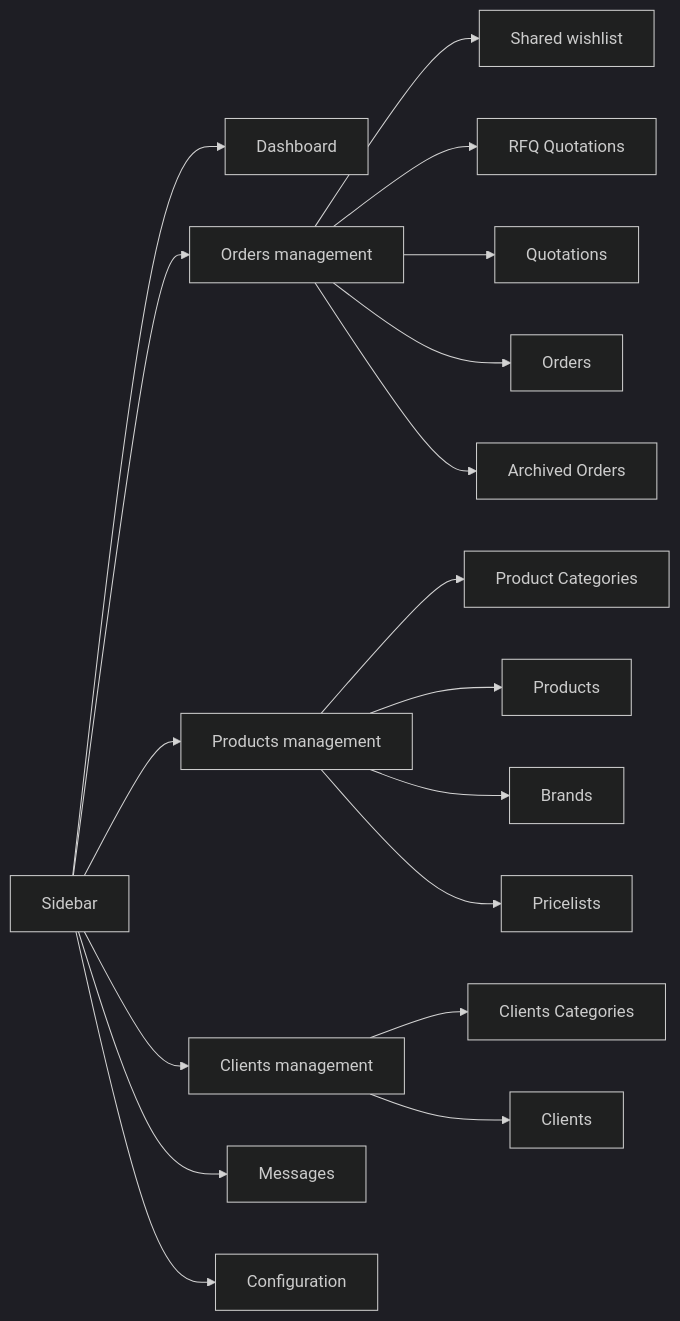
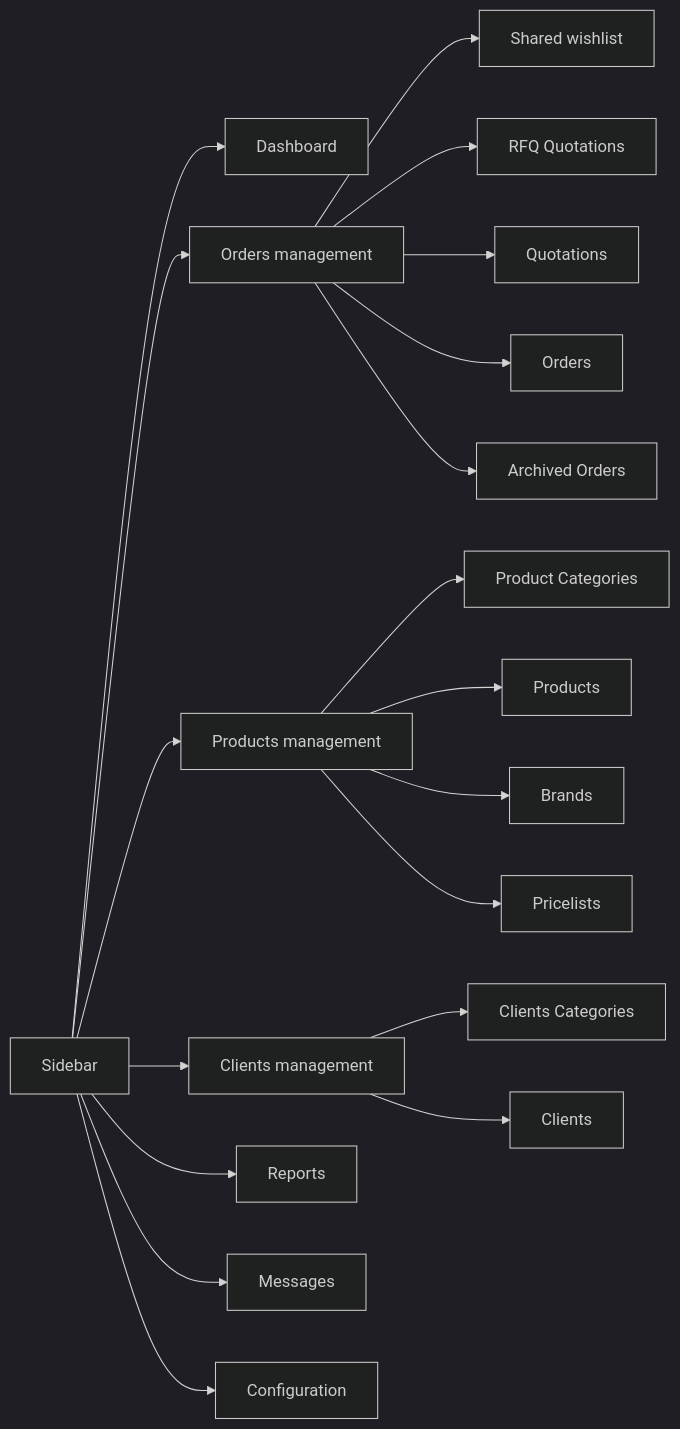
The diagram in docs/b2b_ecommerce_docs/_user_guide/007-Account-Manager-Portal-Navigation.md (LaplaceSoftware/lp_projects_docs), drawn with Mermaid (dark theme) before and after one commit. The commit also changed other lines of this file and 21 other files, not shown here.

````diff
--- a/docs/b2b_ecommerce_docs/_user_guide/007-Account-Manager-Portal-Navigation.md
+++ b/docs/b2b_ecommerce_docs/_user_guide/007-Account-Manager-Portal-Navigation.md
@@ -8,23 +8,24 @@
 ```mermaid
 flowchart LR
     S["Sidebar"] --> D["Dashboard"]
     S --> OM["Orders management"]
     S --> PM["Products management"]
     S --> CM["Clients management"]
+    S --> RP["Reports"]
     S --> M["Messages"]
     S --> C["Configuration"]
 
     OM --> O1["Shared wishlist"]
     OM --> O2["RFQ Quotations"]
     OM --> O3["Quotations"]
     OM --> O4["Orders"]
     OM --> O5["Archived Orders"]
 
     PM --> P1["Product Categories"]
     PM --> P2["Products"]
     PM --> P3["Brands"]
     PM --> P4["Pricelists"]
 
     CM --> C1["Clients Categories"]
     CM --> C2["Clients"]
 ```
````
